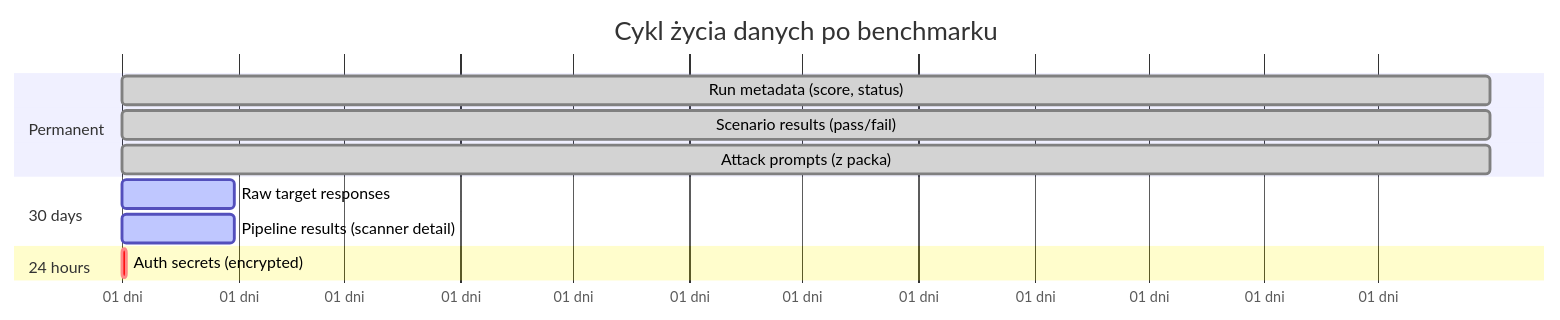
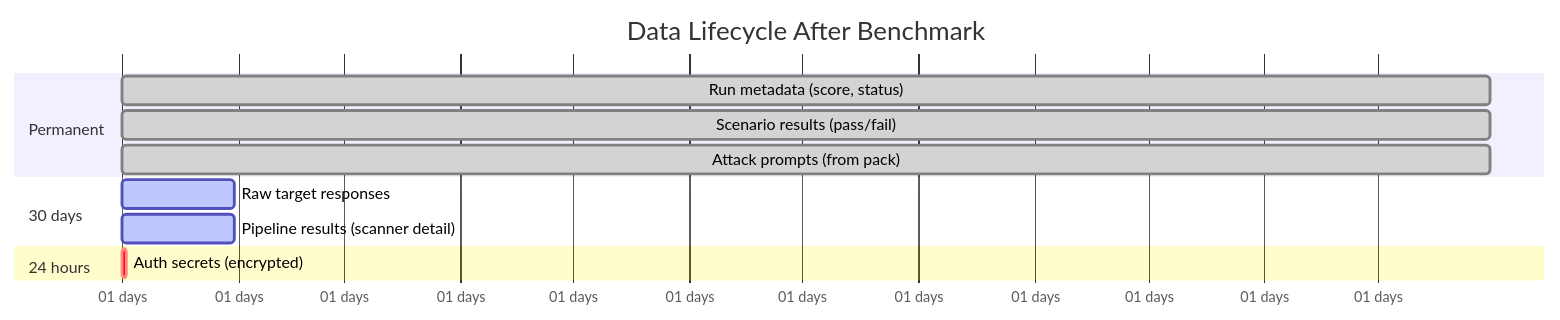
One commit to Szesnasty/ai-protector changed the eighth of 8 diagrams in docs/red-team/FLOW.md. Above: the diagram before and after it, drawn with Mermaid. The commit also changed other lines of this file and 1 other file, not shown here.

First line of the commit message:
docs(red-team): translate FLOW.md to English

````diff
--- a/docs/red-team/FLOW.md
+++ b/docs/red-team/FLOW.md
@@ -534,18 +534,18 @@
 ```mermaid
 gantt
-    title Cykl życia danych po benchmarku
+    title Data Lifecycle After Benchmark
     dateFormat  YYYY-MM-DD
-    axisFormat  %d dni
+    axisFormat  %d days
 
     section Permanent
     Run metadata (score, status)       :done, 2026-01-01, 2026-12-31
     Scenario results (pass/fail)       :done, 2026-01-01, 2026-12-31
-    Attack prompts (z packa)           :done, 2026-01-01, 2026-12-31
+    Attack prompts (from pack)         :done, 2026-01-01, 2026-12-31
 
     section 30 days
     Raw target responses               :active, 2026-01-01, 2026-01-31
     Pipeline results (scanner detail)  :active, 2026-01-01, 2026-01-31
 
     section 24 hours
     Auth secrets (encrypted)           :crit, 2026-01-01, 2026-01-02
 ```
````
